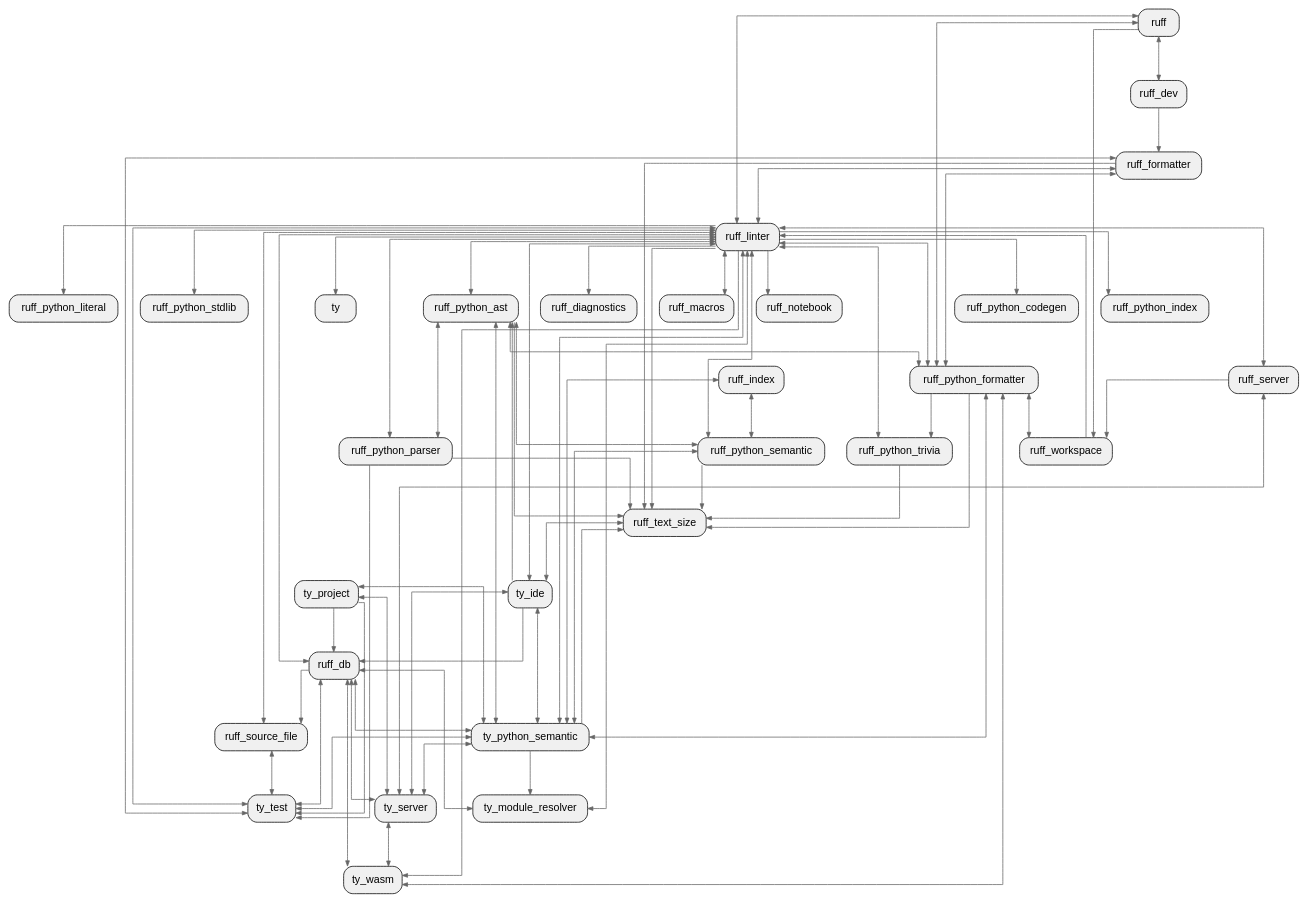
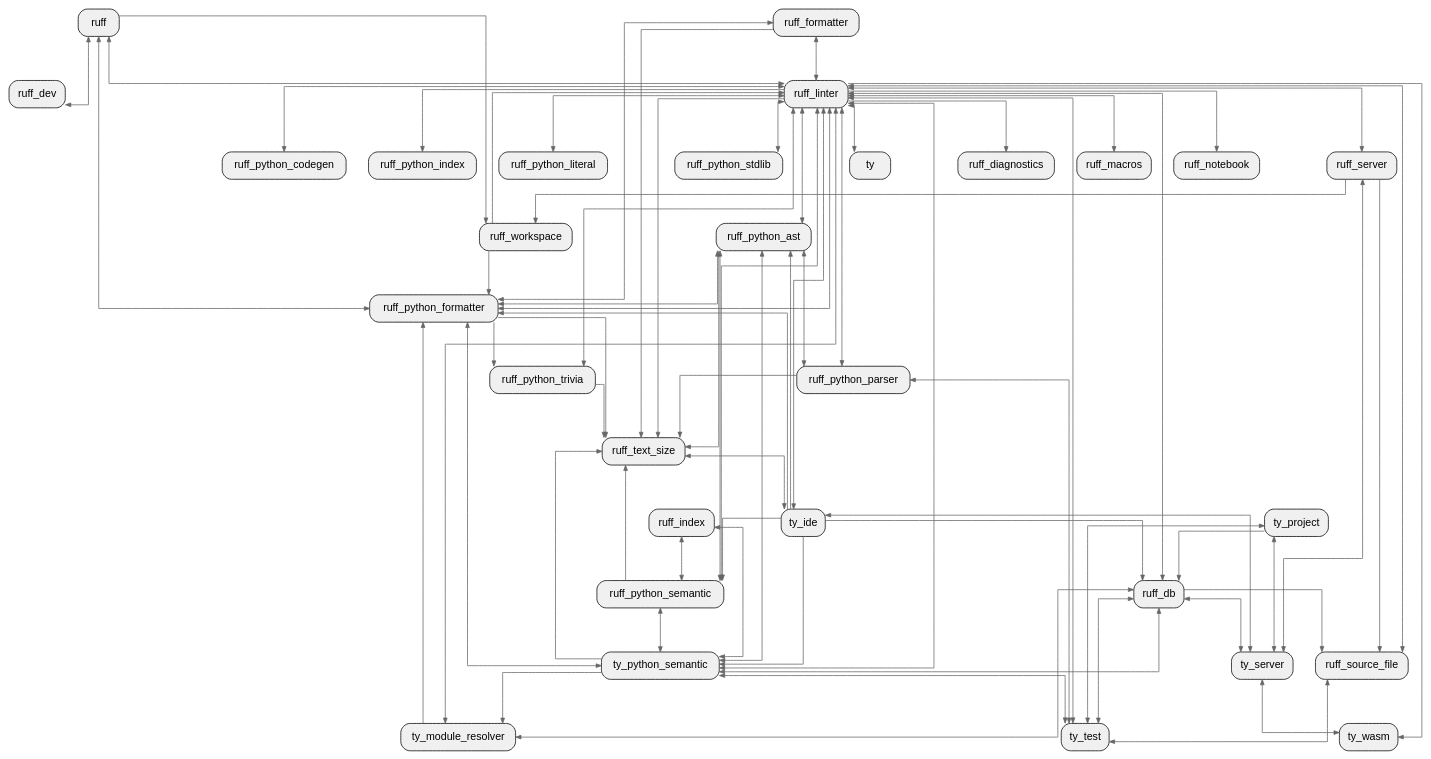
One commit to allenanswerzq/llmcc changed the diagram in sample/rust/ruff/depth_1_crate.dot. Above: the diagram before and after it, drawn with Graphviz. The commit also changed 187 other files, not shown here.

```diff
--- a/sample/rust/ruff/depth_1_crate.dot
+++ b/sample/rust/ruff/depth_1_crate.dot
@@ -1,119 +1,117 @@
 digraph architecture {
   // Layout settings
   rankdir=TB;
   ranksep=0.8;
   nodesep=0.4;
   splines=ortho;
   concentrate=true;
 
   node [shape=box, style="rounded,filled", fillcolor="#f0f0f0", fontname="Helvetica"];
   edge [color="#666666", arrowsize=0.7];
 
   labelloc=t;
   fontsize=16;
   fontname="Helvetica Bold";
 
   crate_ruff[label="ruff"];
   crate_ruff_db[label="ruff_db"];
   crate_ruff_dev[label="ruff_dev"];
   crate_ruff_diagnostics[label="ruff_diagnostics"];
   crate_ruff_formatter[label="ruff_formatter"];
   crate_ruff_index[label="ruff_index"];
   crate_ruff_linter[label="ruff_linter"];
   crate_ruff_macros[label="ruff_macros"];
   crate_ruff_notebook[label="ruff_notebook"];
   crate_ruff_python_ast[label="ruff_python_ast"];
   crate_ruff_python_codegen[label="ruff_python_codegen"];
   crate_ruff_python_formatter[label="ruff_python_formatter"];
   crate_ruff_python_index[label="ruff_python_index"];
   crate_ruff_python_literal[label="ruff_python_literal"];
   crate_ruff_python_parser[label="ruff_python_parser"];
   crate_ruff_python_semantic[label="ruff_python_semantic"];
   crate_ruff_python_stdlib[label="ruff_python_stdlib"];
   crate_ruff_python_trivia[label="ruff_python_trivia"];
   crate_ruff_server[label="ruff_server"];
   crate_ruff_source_file[label="ruff_source_file"];
   crate_ruff_text_size[label="ruff_text_size"];
   crate_ruff_workspace[label="ruff_workspace"];
   crate_ty[label="ty"];
   crate_ty_ide[label="ty_ide"];
   crate_ty_module_resolver[label="ty_module_resolver"];
   crate_ty_project[label="ty_project"];
   crate_ty_python_semantic[label="ty_python_semantic"];
   crate_ty_server[label="ty_server"];
   crate_ty_test[label="ty_test"];
   crate_ty_wasm[label="ty_wasm"];
 
   crate_ruff -> crate_ruff_dev [dir=both]; // dir best-effort not accurate
   crate_ruff -> crate_ruff_linter [dir=both]; // dir best-effort not accurate
   crate_ruff -> crate_ruff_python_formatter [dir=both]; // dir best-effort not accurate
   crate_ruff -> crate_ruff_workspace;
   crate_ruff_db -> crate_ruff_linter [dir=both]; // dir best-effort not accurate
   crate_ruff_db -> crate_ruff_source_file;
   crate_ruff_db -> crate_ty_module_resolver [dir=both]; // dir best-effort not accurate
   crate_ruff_db -> crate_ty_python_semantic [dir=both]; // dir best-effort not accurate
   crate_ruff_db -> crate_ty_server [dir=both]; // dir best-effort not accurate
   crate_ruff_db -> crate_ty_test [dir=both]; // dir best-effort not accurate
-  crate_ruff_db -> crate_ty_wasm [dir=both]; // dir best-effort not accurate
-  crate_ruff_dev -> crate_ruff_formatter;
   crate_ruff_formatter -> crate_ruff_linter [dir=both]; // dir best-effort not accurate
   crate_ruff_formatter -> crate_ruff_python_formatter [dir=both]; // dir best-effort not accurate
   crate_ruff_formatter -> crate_ruff_text_size;
-  crate_ruff_formatter -> crate_ty_test [dir=both]; // dir best-effort not accurate
   crate_ruff_index -> crate_ruff_python_semantic [dir=both]; // dir best-effort not accurate
   crate_ruff_index -> crate_ty_python_semantic [dir=both]; // dir best-effort not accurate
   crate_ruff_linter -> crate_ruff_diagnostics;
   crate_ruff_linter -> crate_ruff_macros [dir=both]; // dir best-effort not accurate
   crate_ruff_linter -> crate_ruff_notebook;
   crate_ruff_linter -> crate_ruff_python_ast [dir=both]; // dir best-effort not accurate
-  crate_ruff_linter -> crate_ruff_python_codegen;
+  crate_ruff_linter -> crate_ruff_python_codegen [dir=both]; // dir best-effort not accurate
   crate_ruff_linter -> crate_ruff_python_formatter [dir=both]; // dir best-effort not accurate
   crate_ruff_linter -> crate_ruff_python_index;
-  crate_ruff_linter -> crate_ruff_python_literal;
+  crate_ruff_linter -> crate_ruff_python_literal [dir=both]; // dir best-effort not accurate
   crate_ruff_linter -> crate_ruff_python_parser [dir=both]; // dir best-effort not accurate
   crate_ruff_linter -> crate_ruff_python_semantic [dir=both]; // dir best-effort not accurate
   crate_ruff_linter -> crate_ruff_python_stdlib [dir=both]; // dir best-effort not accurate
   crate_ruff_linter -> crate_ruff_python_trivia [dir=both]; // dir best-effort not accurate
   crate_ruff_linter -> crate_ruff_server [dir=both]; // dir best-effort not accurate
   crate_ruff_linter -> crate_ruff_source_file [dir=both]; // dir best-effort not accurate
   crate_ruff_linter -> crate_ruff_text_size;
   crate_ruff_linter -> crate_ty [dir=both]; // dir best-effort not accurate
   crate_ruff_linter -> crate_ty_ide [dir=both]; // dir best-effort not accurate
   crate_ruff_linter -> crate_ty_module_resolver [dir=both]; // dir best-effort not accurate
   crate_ruff_linter -> crate_ty_python_semantic [dir=both]; // dir best-effort not accurate
   crate_ruff_linter -> crate_ty_test [dir=both]; // dir best-effort not accurate
   crate_ruff_linter -> crate_ty_wasm;
   crate_ruff_python_ast -> crate_ruff_python_formatter [dir=both]; // dir best-effort not accurate
   crate_ruff_python_ast -> crate_ruff_python_parser [dir=both]; // dir best-effort not accurate
   crate_ruff_python_ast -> crate_ruff_python_semantic [dir=both]; // dir best-effort not accurate
   crate_ruff_python_ast -> crate_ruff_text_size;
   crate_ruff_python_ast -> crate_ty_python_semantic [dir=both]; // dir best-effort not accurate
   crate_ruff_python_formatter -> crate_ruff_python_trivia;
   crate_ruff_python_formatter -> crate_ruff_text_size;
-  crate_ruff_python_formatter -> crate_ruff_workspace [dir=both]; // dir best-effort not accurate
   crate_ruff_python_formatter -> crate_ty_python_semantic [dir=both]; // dir best-effort not accurate
-  crate_ruff_python_formatter -> crate_ty_wasm [dir=both]; // dir best-effort not accurate
   crate_ruff_python_parser -> crate_ruff_text_size;
-  crate_ruff_python_parser -> crate_ty_test;
+  crate_ruff_python_parser -> crate_ty_test [dir=both]; // dir best-effort not accurate
   crate_ruff_python_semantic -> crate_ruff_text_size;
   crate_ruff_python_semantic -> crate_ty_python_semantic [dir=both]; // dir best-effort not accurate
   crate_ruff_python_trivia -> crate_ruff_text_size;
+  crate_ruff_server -> crate_ruff_source_file;
   crate_ruff_server -> crate_ruff_workspace;
   crate_ruff_server -> crate_ty_server [dir=both]; // dir best-effort not accurate
   crate_ruff_source_file -> crate_ty_test [dir=both]; // dir best-effort not accurate
   crate_ruff_text_size -> crate_ty_ide [dir=both]; // dir best-effort not accurate
   crate_ruff_workspace -> crate_ruff_linter;
+  crate_ruff_workspace -> crate_ruff_python_formatter;
   crate_ty_ide -> crate_ruff_db;
   crate_ty_ide -> crate_ruff_python_ast;
-  crate_ty_ide -> crate_ty_python_semantic [dir=both]; // dir best-effort not accurate
+  crate_ty_ide -> crate_ruff_python_formatter;
+  crate_ty_ide -> crate_ruff_python_semantic;
+  crate_ty_ide -> crate_ty_python_semantic;
   crate_ty_ide -> crate_ty_server [dir=both]; // dir best-effort not accurate
+  crate_ty_module_resolver -> crate_ruff_python_formatter;
   crate_ty_project -> crate_ruff_db;
-  crate_ty_project -> crate_ty_python_semantic [dir=both]; // dir best-effort not accurate
   crate_ty_project -> crate_ty_server [dir=both]; // dir best-effort not accurate
-  crate_ty_project -> crate_ty_test;
+  crate_ty_project -> crate_ty_test [dir=both]; // dir best-effort not accurate
   crate_ty_python_semantic -> crate_ruff_text_size;
   crate_ty_python_semantic -> crate_ty_module_resolver;
-  crate_ty_python_semantic -> crate_ty_server [dir=both]; // dir best-effort not accurate
   crate_ty_python_semantic -> crate_ty_test [dir=both]; // dir best-effort not accurate
   crate_ty_server -> crate_ty_wasm [dir=both]; // dir best-effort not accurate
 }
```
